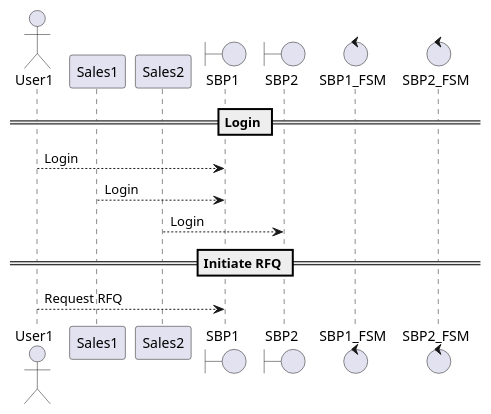
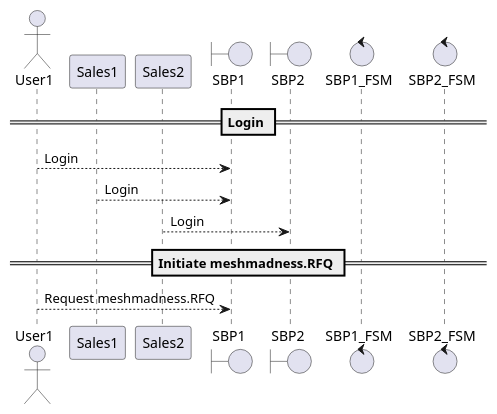
The diagram in src/docs/Connections.puml (mattdavey/MeshMadness), drawn with PlantUML before and after one commit. The commit also changed 14 other files, not shown here.

```diff
--- a/src/docs/Connections.puml
+++ b/src/docs/Connections.puml
@@ -1,17 +1,17 @@
 @startuml
 
 == Login ==
 actor User1
 participant Sales1
 participant Sales2
 boundary SBP1
 boundary SBP2
 control SBP1_FSM
 control SBP2_FSM
 User1 --> SBP1: Login
 Sales1 --> SBP1: Login
 Sales2 --> SBP2: Login
 
-== Initiate RFQ ==
-User1 --> SBP1: Request RFQ
+== Initiate meshmadness.RFQ ==
+User1 --> SBP1: Request meshmadness.RFQ
 @enduml
```
